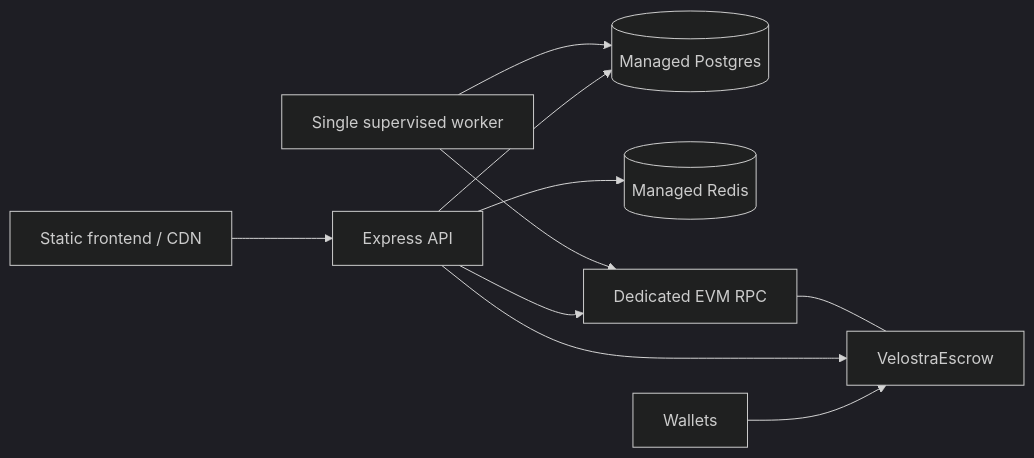
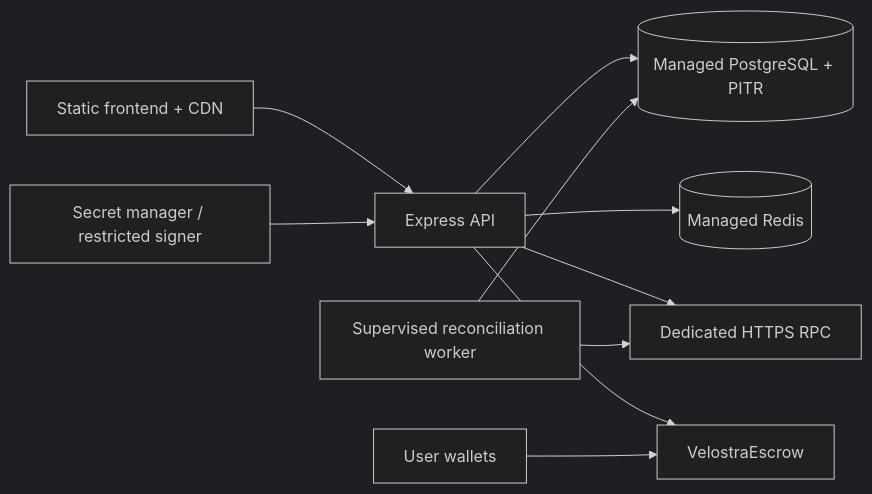
Before and after one commit to velostralabs/velostra: the diagram in docs/DEPLOYMENT.md, drawn with Mermaid (dark theme). The commit also changed other lines of this file and 5 other files, not shown here.

````diff
--- a/docs/DEPLOYMENT.md
+++ b/docs/DEPLOYMENT.md
@@ -9,12 +16,12 @@
 ```mermaid
 flowchart LR
-    CDN["Static frontend / CDN"] --> API["Express API"]
-    API --> PG[("Managed Postgres")]
-    API --> REDIS[("Managed Redis")]
-    API --> RPC["Dedicated EVM RPC"]
-    WORKER["Single supervised worker"] --> PG
+    CDN["Static frontend + CDN"] --> API["Express API"]
+    API --> PG[(Managed PostgreSQL + PITR)]
+    API --> REDIS[(Managed Redis)]
+    API --> RPC["Dedicated HTTPS RPC"]
+    WORKER["Supervised reconciliation worker"] --> PG
     WORKER --> RPC
-    WALLET["Wallets"] --> CHAIN["VelostraEscrow"]
-    API --> CHAIN
-    RPC --- CHAIN
+    API --> ESCROW["VelostraEscrow"]
+    WALLETS["User wallets"] --> ESCROW
+    SECRETS["Secret manager / restricted signer"] --> API
 ```
````
